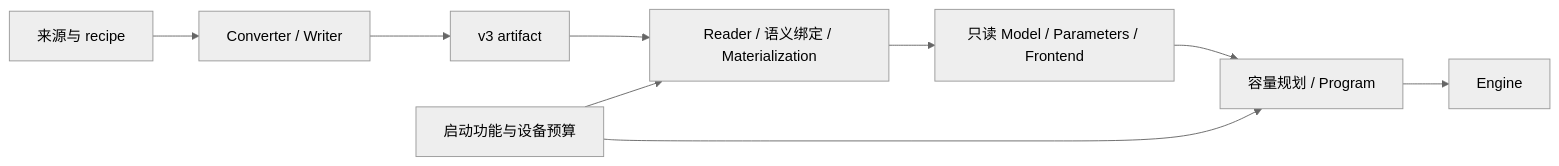
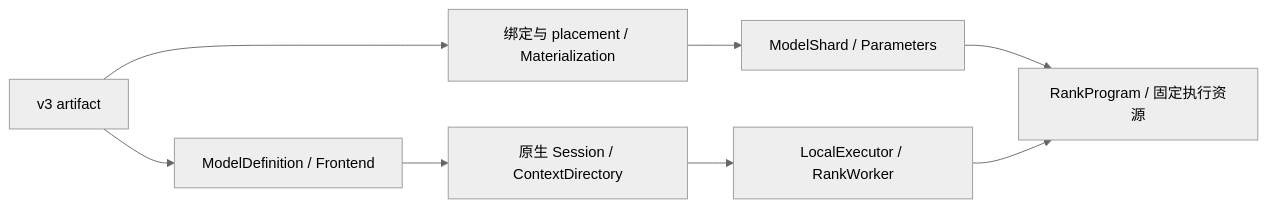
Before and after one commit to igorls/ninfer: the first of 3 diagrams in docs/maintainer/engine-architecture.md, drawn with Mermaid (neutral theme). The commit also changed other lines of this file and 484 other files, not shown here.

````diff
--- a/docs/maintainer/engine-architecture.md
+++ b/docs/maintainer/engine-architecture.md
@@ -39,11 +36,10 @@
 ```mermaid
 flowchart LR
-    S["来源与 recipe"] --> C["Converter / Writer"]
-    C --> A["v3 artifact"]
-    A --> L["Reader / 语义绑定 / Materialization"]
-    L --> M["只读 Model / Parameters / Frontend"]
-    M --> P["容量规划 / Program"]
-    P --> E["Engine"]
-    O["启动功能与设备预算"] --> L
-    O --> P
+    A["v3 artifact"] --> D["ModelDefinition / Frontend"]
+    A --> L["绑定与 placement / Materialization"]
+    L --> M["ModelShard / Parameters"]
+    D --> S["原生 Session / ContextDirectory"]
+    M --> P["RankProgram / 固定执行资源"]
+    S --> X["LocalExecutor / RankWorker"]
+    X --> P
 ```
````
